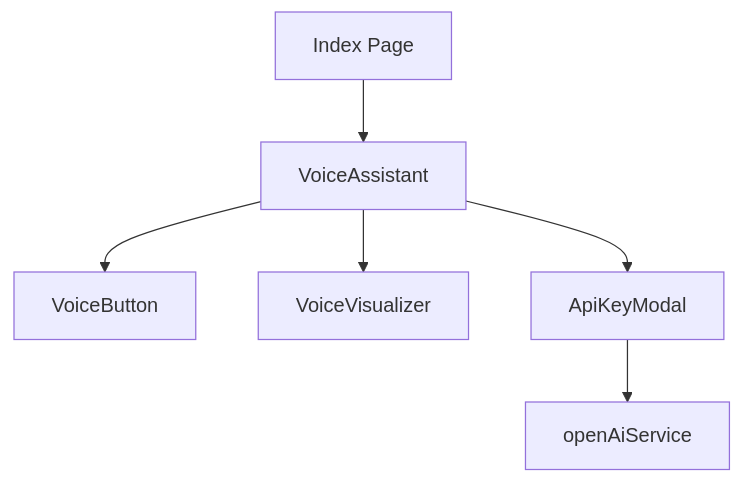
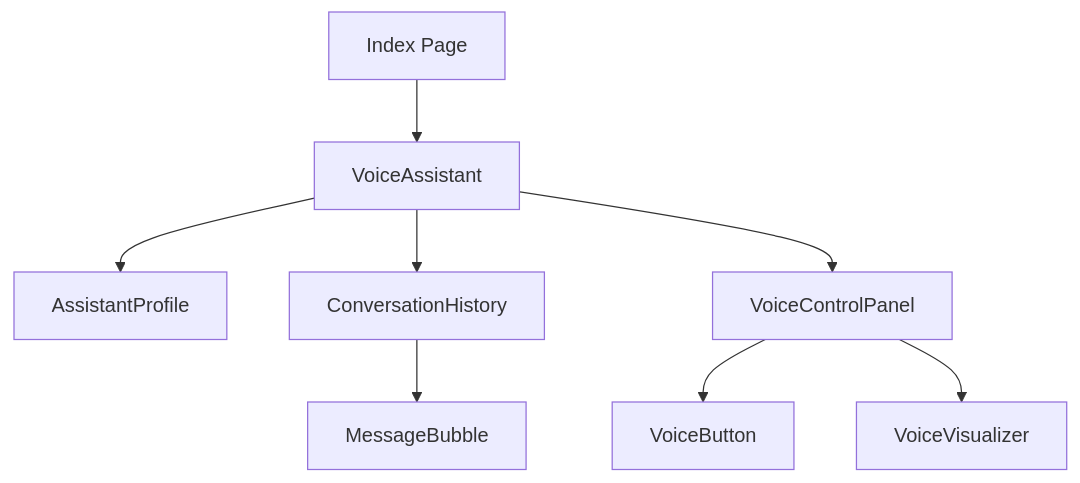
One commit to omarorn/hr-og-froken-rvk changed the diagram in COMPONENTS.md. Above: the diagram before and after it, drawn with Mermaid. The commit also changed other lines of this file and 8 other files, not shown here.

````diff
--- a/COMPONENTS.md
+++ b/COMPONENTS.md
@@ -24,8 +80,10 @@
 ```mermaid
 graph TD
     A[Index Page] --> B[VoiceAssistant]
-    B --> C[VoiceButton]
-    B --> D[VoiceVisualizer]
-    B --> E[ApiKeyModal]
-    E --> F[openAiService]
+    B --> C[AssistantProfile]
+    B --> D[ConversationHistory]
+    B --> E[VoiceControlPanel]
+    D --> F[MessageBubble]
+    E --> G[VoiceButton]
+    E --> H[VoiceVisualizer]
 ```
````
